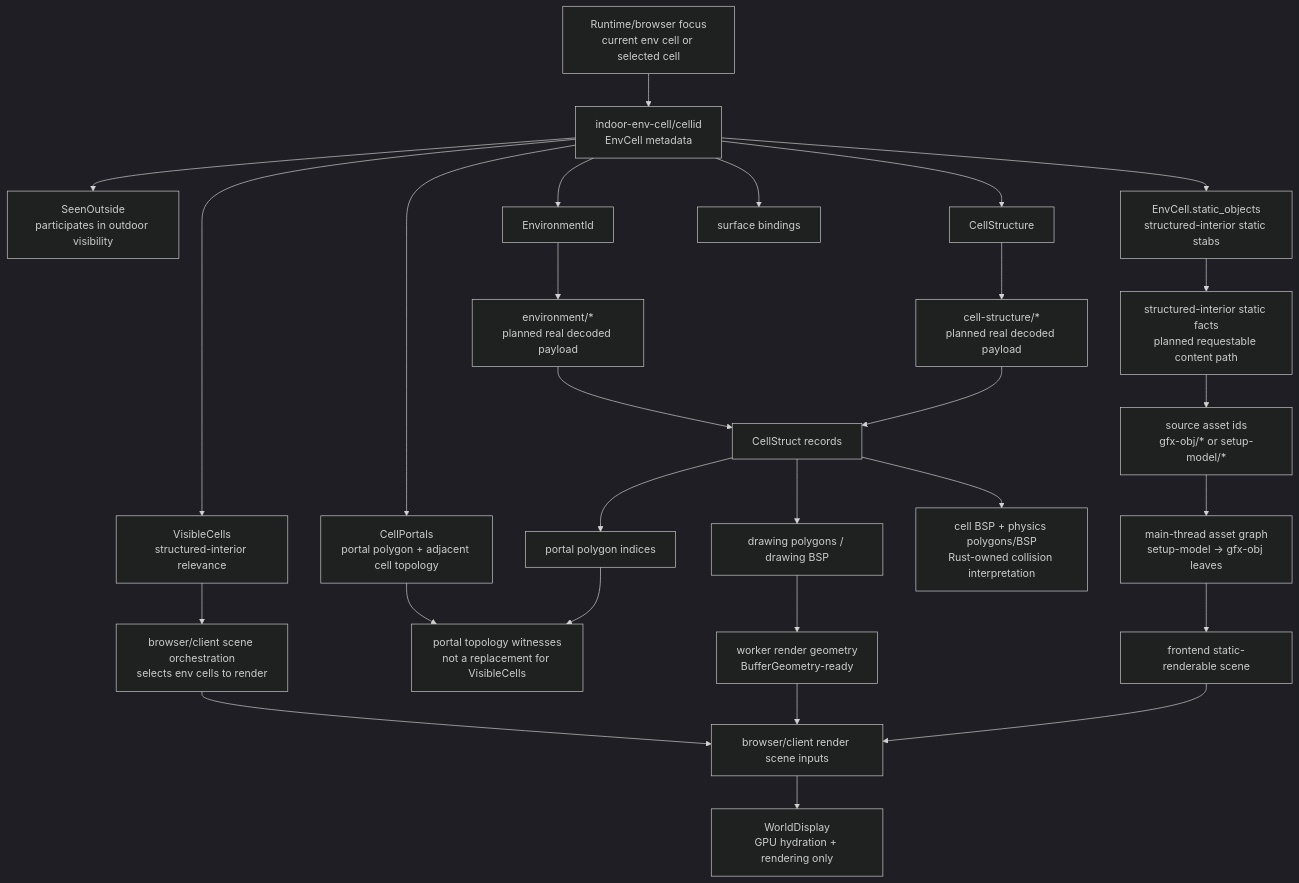
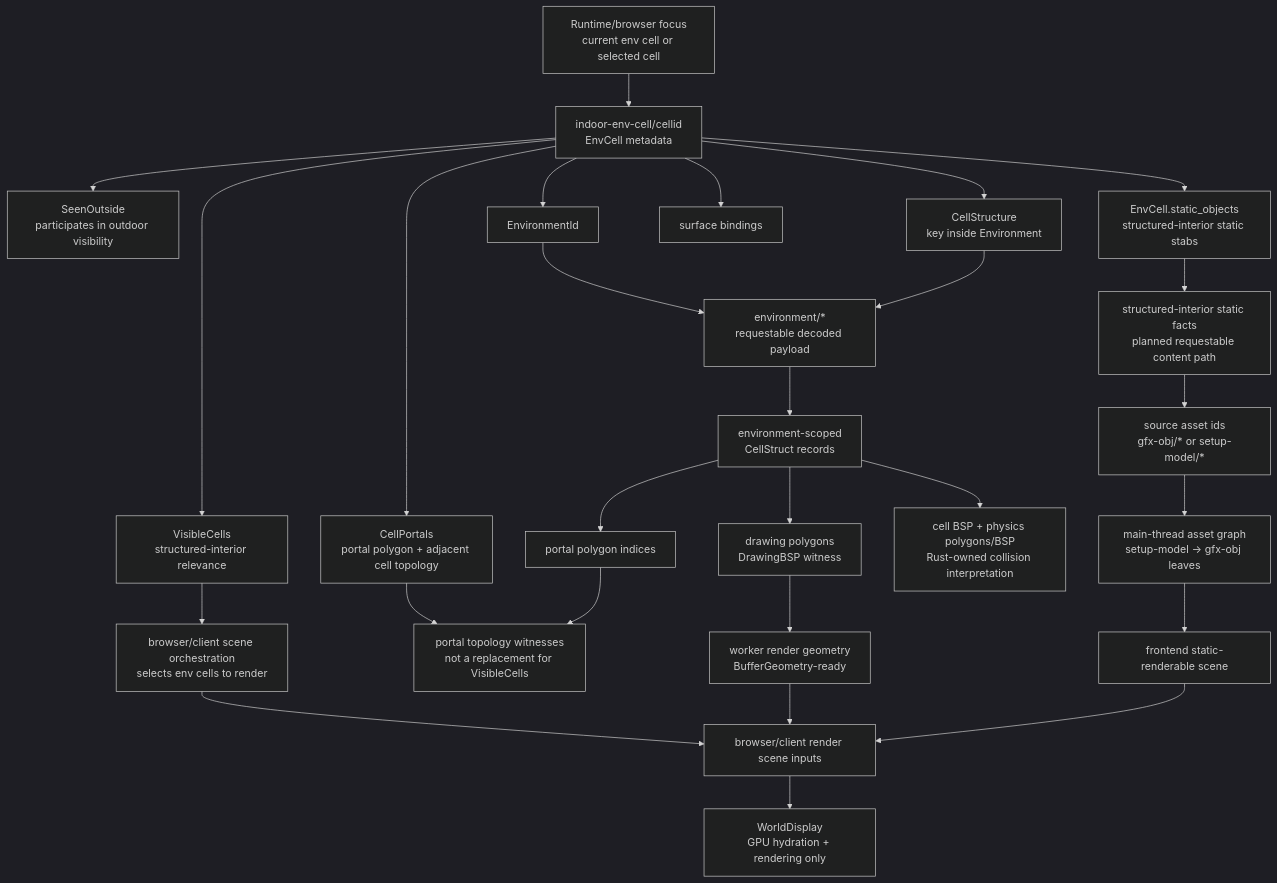
The fourth of 9 diagrams in docs/plans/holtburger-3d-scoping-plan.md (merklejerk/holtburger), drawn with Mermaid (dark theme) before and after one commit. The commit also changed other lines of this file and 1 other file, not shown here.

````diff
--- a/docs/plans/holtburger-3d-scoping-plan.md
+++ b/docs/plans/holtburger-3d-scoping-plan.md
@@ -201,37 +211,36 @@
 ```mermaid
 flowchart TD
     Residency["Runtime/browser focus<br/>current env cell or selected cell"]
     EnvCellAsset["indoor-env-cell/cellid<br/>EnvCell metadata"]
 
     Residency --> EnvCellAsset
     EnvCellAsset --> VisibleCells["VisibleCells<br/>structured-interior relevance"]
     EnvCellAsset --> SeenOutside["SeenOutside<br/>participates in outdoor visibility"]
     EnvCellAsset --> EnvironmentRef["EnvironmentId"]
-    EnvCellAsset --> CellStructRef["CellStructure"]
+    EnvCellAsset --> CellStructRef["CellStructure<br/>key inside Environment"]
     EnvCellAsset --> CellPortals["CellPortals<br/>portal polygon + adjacent cell topology"]
     EnvCellAsset --> EnvStaticObjects["EnvCell.static_objects<br/>structured-interior static stabs"]
     EnvCellAsset --> SurfaceBindings["surface bindings"]
 
     VisibleCells --> SceneSelection["browser/client scene orchestration<br/>selects env cells to render"]
     CellPortals --> PortalWitnesses["portal topology witnesses<br/>not a replacement for VisibleCells"]
-    EnvironmentRef --> EnvironmentAsset["environment/*<br/>planned real decoded payload"]
-    CellStructRef --> CellStructAsset["cell-structure/*<br/>planned real decoded payload"]
+    EnvironmentRef --> EnvironmentAsset["environment/*<br/>requestable decoded payload"]
+    CellStructRef --> EnvironmentAsset
 
-    EnvironmentAsset --> CellStructs["CellStruct records"]
-    CellStructAsset --> CellStructs
-    CellStructs --> DrawingGeometry["drawing polygons / drawing BSP"]
+    EnvironmentAsset --> CellStructs["environment-scoped<br/>CellStruct records"]
+    CellStructs --> DrawingGeometry["drawing polygons<br/>DrawingBSP witness"]
     CellStructs --> PortalPolygons["portal polygon indices"]
     CellStructs --> PhysicsWitness["cell BSP + physics polygons/BSP<br/>Rust-owned collision interpretation"]
     DrawingGeometry --> InteriorGeometry["worker render geometry<br/>BufferGeometry-ready"]
     PortalPolygons --> PortalWitnesses
 
     EnvStaticObjects --> InteriorStaticFacts["structured-interior static facts<br/>planned requestable content path"]
     InteriorStaticFacts --> SourceAssets["source asset ids<br/>gfx-obj/* or setup-model/*"]
     SourceAssets --> AssetGraph["main-thread asset graph<br/>setup-model -> gfx-obj leaves"]
     AssetGraph --> StaticRenderables["frontend static-renderable scene"]
 
     SceneSelection --> RenderScene["browser/client render scene inputs"]
     InteriorGeometry --> RenderScene
     StaticRenderables --> RenderScene
     RenderScene --> WorldDisplay["WorldDisplay<br/>GPU hydration + rendering only"]
 ```
````
